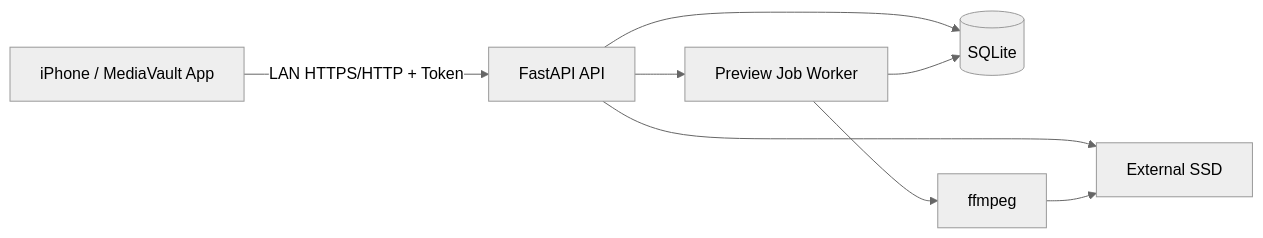
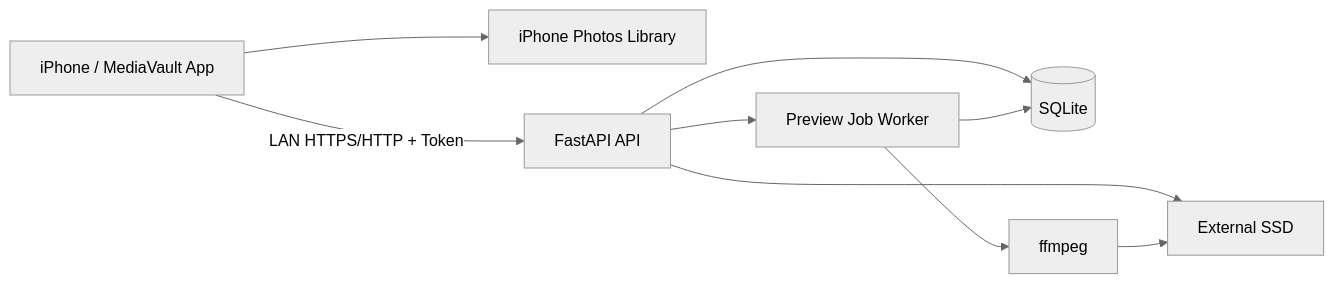
The diagram in docs/architecture.md (oyabu-koji/nas_mini), drawn with Mermaid (neutral theme) before and after one commit. The commit also changed other lines of this file and 18 other files, not shown here.

````diff
--- a/docs/architecture.md
+++ b/docs/architecture.md
@@ -14,17 +14,19 @@
 ```mermaid
 graph LR
     iPhone[iPhone / MediaVault App]
+    Photos[iPhone Photos Library]
     API[FastAPI API]
     Worker[Preview Job Worker]
     DB[(SQLite)]
     SSD[External SSD]
     FFmpeg[ffmpeg]
 
+    iPhone --> Photos
     iPhone -->|LAN HTTPS/HTTP + Token| API
     API --> DB
     API --> SSD
     API --> Worker
     Worker --> FFmpeg
     FFmpeg --> SSD
     Worker --> DB
 ```
````
